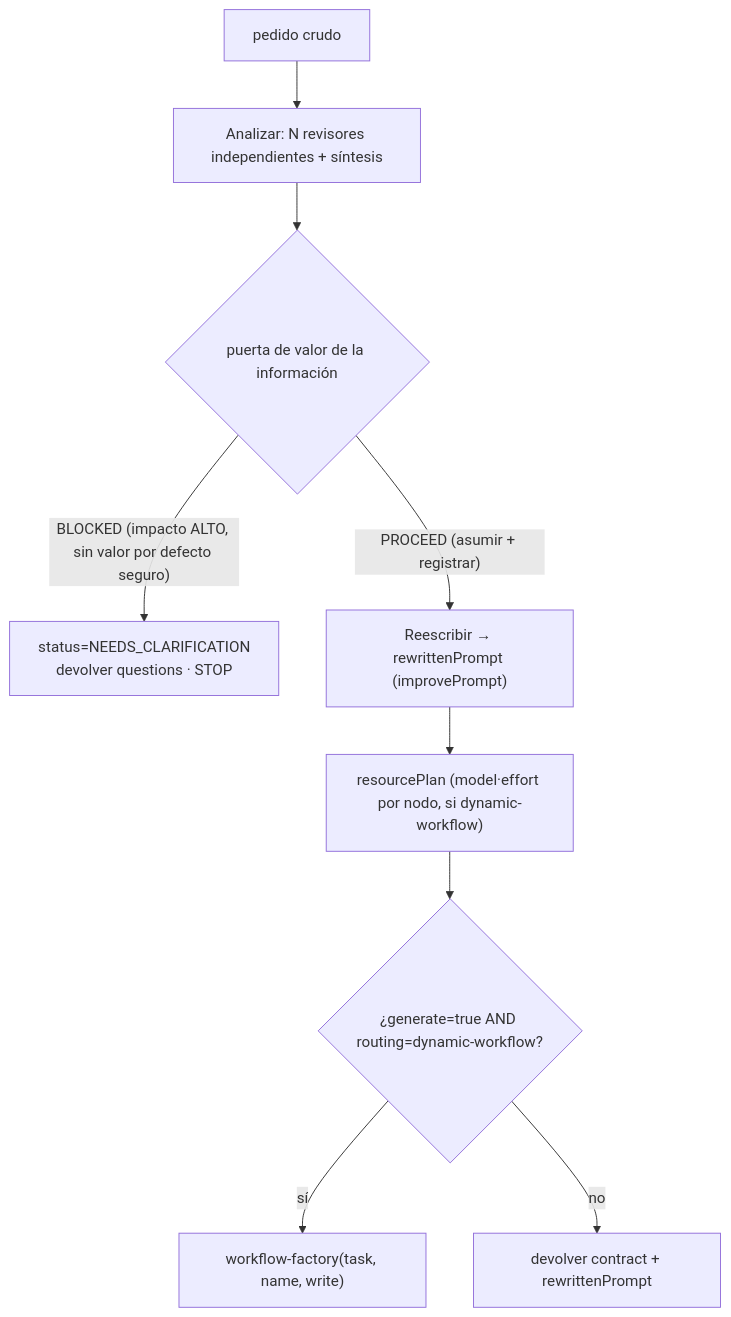
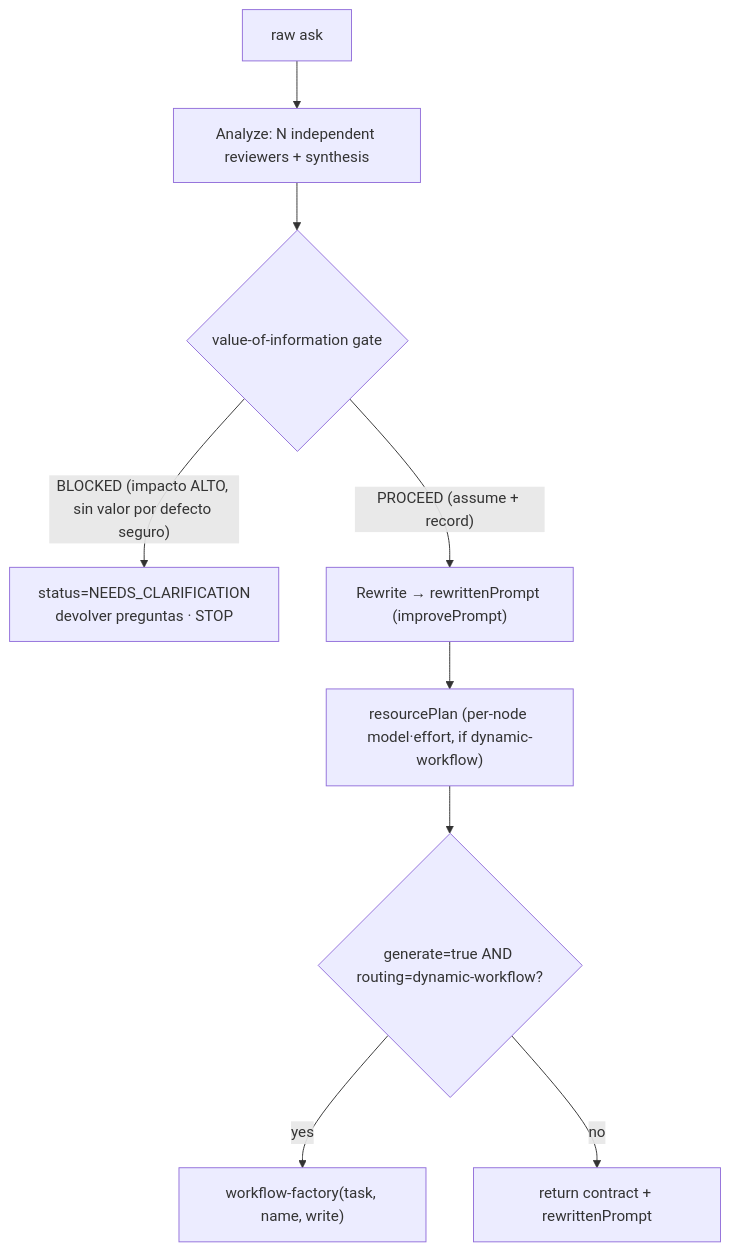
The third of 5 diagrams in .claude/skills/ultracode/reference/scaffold-catalog.md (andrestobelem/pandi-extensions), drawn with Mermaid before and after one commit. The commit also changed other lines of this file and 22 other files, not shown here.

````diff
--- a/.claude/skills/ultracode/reference/scaffold-catalog.md
+++ b/.claude/skills/ultracode/reference/scaffold-catalog.md
@@ -146,11 +148,11 @@
 ```mermaid
 flowchart TD
-  RAW["pedido crudo"] --> AN["Analizar: N revisores independientes + síntesis"]
-  AN --> GATE{"puerta de valor de la información"}
-  GATE -- "BLOCKED (impacto ALTO, sin valor por defecto seguro)" --> Q["status=NEEDS_CLARIFICATION\ndevolver questions · STOP"]
-  GATE -- "PROCEED (asumir + registrar)" --> RW["Reescribir → rewrittenPrompt (improvePrompt)"]
-  RW --> RP["resourcePlan (model·effort por nodo, si dynamic-workflow)"]
-  RP --> HO{"¿generate=true AND routing=dynamic-workflow?"}
-  HO -- sí --> WF["workflow-factory(task, name, write)"]
-  HO -- no --> OUT["devolver contract + rewrittenPrompt"]
+  RAW["raw ask"] --> AN["Analyze: N independent reviewers + synthesis"]
+  AN --> GATE{"value-of-information gate"}
+  GATE -- "BLOCKED (impacto ALTO, sin valor por defecto seguro)" --> Q["status=NEEDS_CLARIFICATION\ndevolver preguntas · STOP"]
+  GATE -- "PROCEED (assume + record)" --> RW["Rewrite → rewrittenPrompt (improvePrompt)"]
+  RW --> RP["resourcePlan (per-node model·effort, if dynamic-workflow)"]
+  RP --> HO{"generate=true AND routing=dynamic-workflow?"}
+  HO -- yes --> WF["workflow-factory(task, name, write)"]
+  HO -- no --> OUT["return contract + rewrittenPrompt"]
 ```
````
